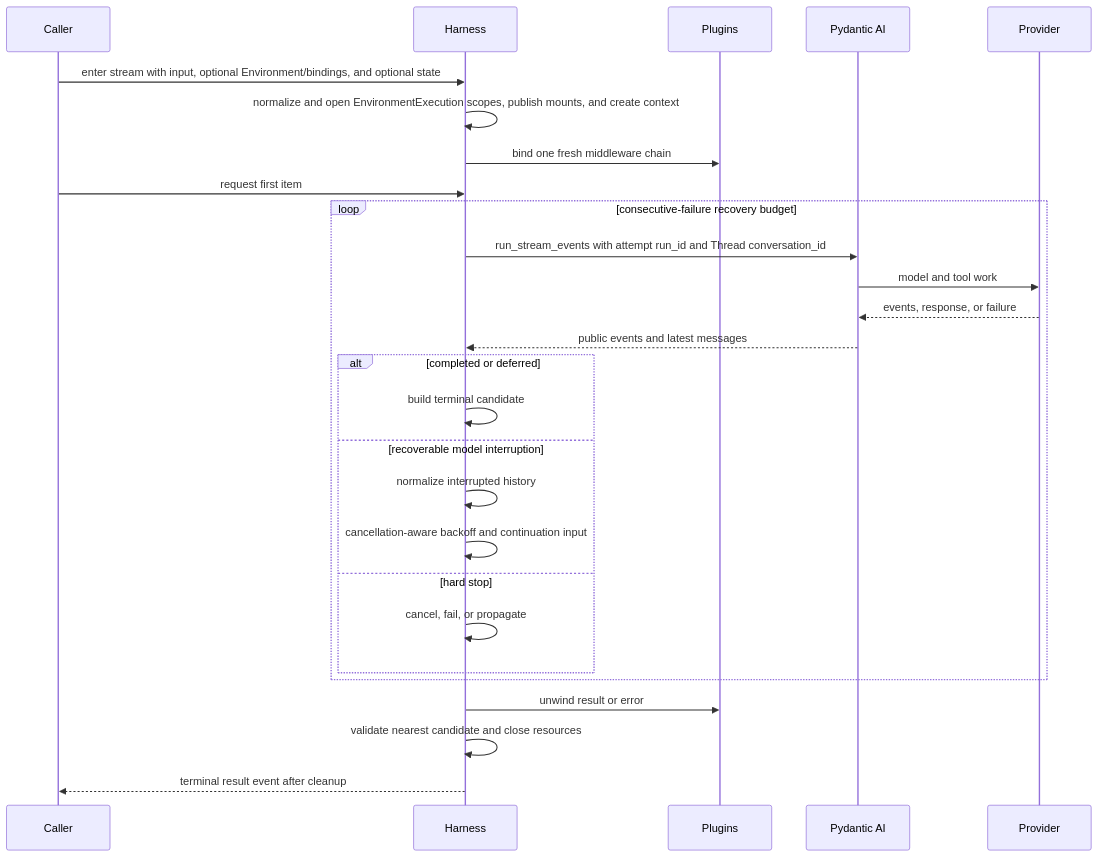
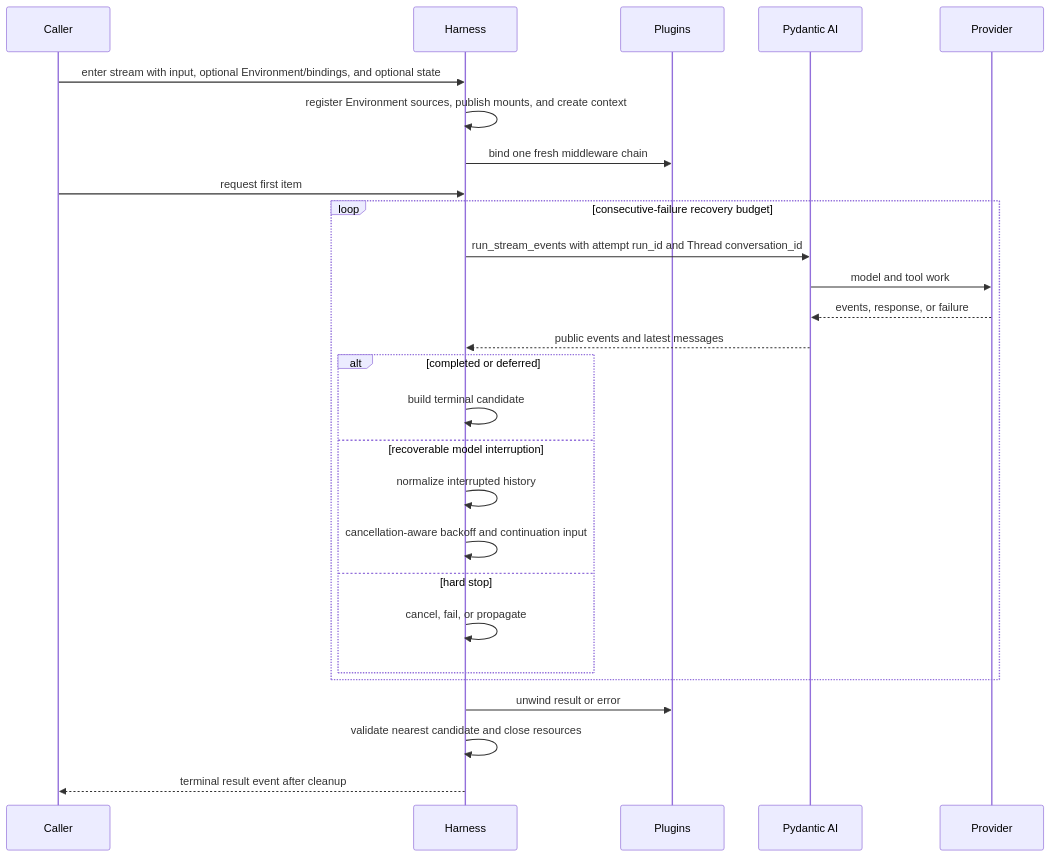
The second of 2 diagrams in spec/a13n-harness/06-execution-context-and-lifecycle.md (converge-ai-labs/agent-foundation), drawn with Mermaid before and after one commit. The commit also changed other lines of this file and 26 other files, not shown here.

````diff
--- a/spec/a13n-harness/06-execution-context-and-lifecycle.md
+++ b/spec/a13n-harness/06-execution-context-and-lifecycle.md
@@ -99,30 +99,30 @@
 ```mermaid
 sequenceDiagram
     participant Caller
     participant Harness
     participant Plugins
     participant PAI as Pydantic AI
     participant Provider
 
     Caller->>Harness: enter stream with input, optional Environment/bindings, and optional state
-    Harness->>Harness: normalize and open EnvironmentExecution scopes, publish mounts, and create context
+    Harness->>Harness: register Environment sources, publish mounts, and create context
     Harness->>Plugins: bind one fresh middleware chain
     Caller->>Harness: request first item
     loop consecutive-failure recovery budget
         Harness->>PAI: run_stream_events with attempt run_id and Thread conversation_id
         PAI->>Provider: model and tool work
         Provider-->>PAI: events, response, or failure
         PAI-->>Harness: public events and latest messages
         alt completed or deferred
             Harness->>Harness: build terminal candidate
         else recoverable model interruption
             Harness->>Harness: normalize interrupted history
             Harness->>Harness: cancellation-aware backoff and continuation input
         else hard stop
             Harness->>Harness: cancel, fail, or propagate
         end
     end
     Harness->>Plugins: unwind result or error
     Harness->>Harness: validate nearest candidate and close resources
     Harness-->>Caller: terminal result event after cleanup
 ```
````
